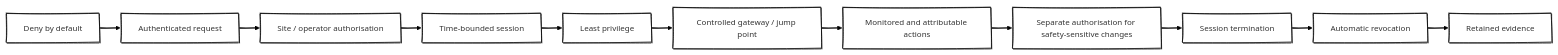
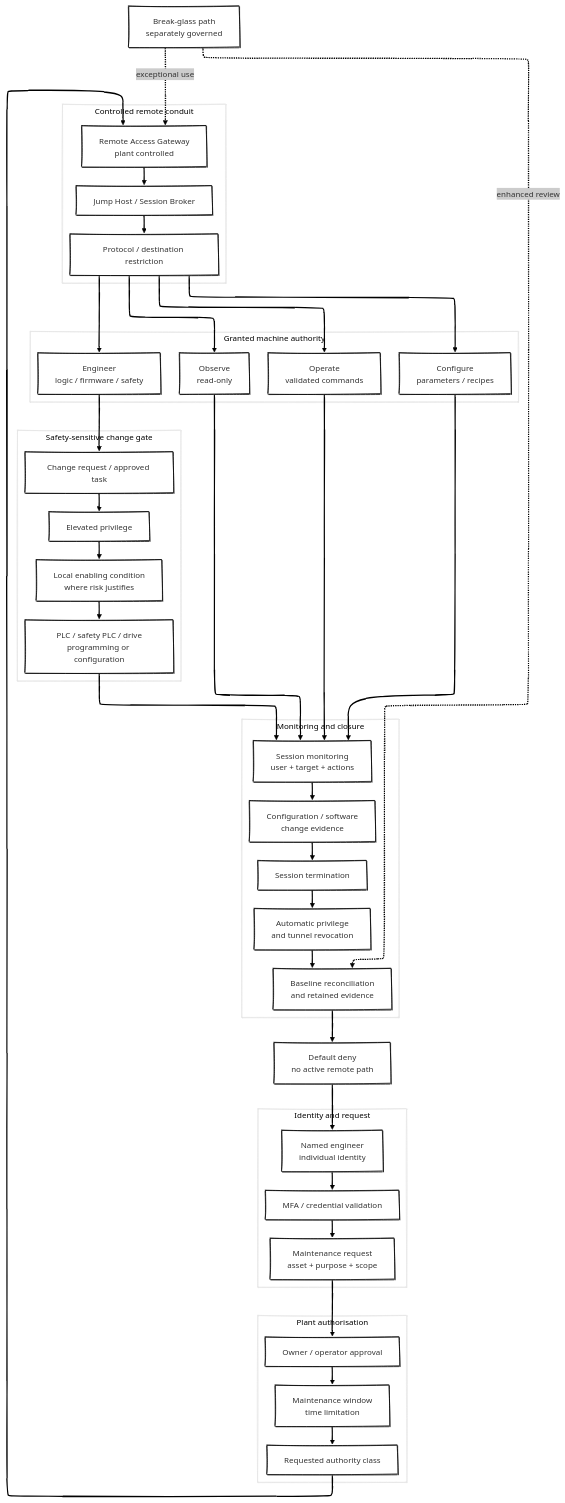
The third of 6 diagrams in longforms/eu-machinery-regulation-2023-1230-cyber-physical-safety/index.qmd (antomon/antomon.github.io), drawn with Mermaid before and after one commit. The commit also changed other lines of this file and 55 other files, not shown here.

````diff
--- a/longforms/eu-machinery-regulation-2023-1230-cyber-physical-safety/index.qmd
+++ b/longforms/eu-machinery-regulation-2023-1230-cyber-physical-safety/index.qmd
@@ -286,18 +529,85 @@
 ```{mermaid}
-%%| label: fig-remote-maintenance-control-sequence
-%%| fig-cap: "Derived control sequence for privileged remote maintenance."
-%%| fig-alt: "A sequence beginning with deny by default, followed by authenticated request, site or operator authorisation, a time-bounded least-privilege session routed through a controlled gateway or jump point, monitored and attributable actions, separate authorisation for safety-sensitive changes, session termination, automatic revocation and retained evidence."
+%%| label: fig-remote-maintenance-authority-lifecycle
+%%| fig-cap: "Reference control model for privileged remote maintenance, separating request, authorisation, connectivity, session authority, safety-sensitive change control and post-session evidence."
+%%| fig-alt: "The diagram shows remote maintenance beginning from a default-deny state. A named vendor engineer authenticates through MFA, after which the plant or machine owner authorises a specific request. A temporary conduit is established through a plant-controlled remote-access gateway and jump or session broker. The session is assigned an authority class such as observe, operate, configure or engineer. Engineering or safety-sensitive changes require additional approval and, where justified by the risk assessment, a local enabling condition. Activity is monitored and logged. At the end of the session, the connection and temporary privileges are revoked, configuration changes are reconciled against the approved baseline and evidence is retained."
 %%| fig-align: center
 %%{init: {"theme": "neo", "look": "handDrawn", "layout": "elk"}}%%
-flowchart LR
-    A[Deny by default] --> B[Authenticated request]
-    B --> C[Site / operator authorisation]
-    C --> D[Time-bounded session]
-    D --> E[Least privilege]
-    E --> F[Controlled gateway / jump point]
-    F --> G[Monitored and attributable actions]
-    G --> H[Separate authorisation for safety-sensitive changes]
-    H --> I[Session termination]
-    I --> J[Automatic revocation]
-    J --> K[Retained evidence]
+flowchart TD
+
+    A[Default deny<br/>no active remote path]
+
+    subgraph ID["Identity and request"]
+        B[Named engineer<br/>individual identity]
+        C[MFA / credential validation]
+        D[Maintenance request<br/>asset + purpose + scope]
+    end
+
+    subgraph AUTH["Plant authorisation"]
+        E[Owner / operator approval]
+        F[Maintenance window<br/>time limitation]
+        G[Requested authority class]
+    end
+
+    subgraph PATH["Controlled remote conduit"]
+        H[Remote Access Gateway<br/>plant controlled]
+        I[Jump Host / Session Broker]
+        J[Protocol / destination restriction]
+    end
+
+    subgraph AUTHORITY["Granted machine authority"]
+        K1[Observe<br/>read-only]
+        K2[Operate<br/>validated commands]
+        K3[Configure<br/>parameters / recipes]
+        K4[Engineer<br/>logic / firmware / safety]
+    end
+
+    subgraph SAFETY["Safety-sensitive change gate"]
+        L[Change request / approved task]
+        M[Elevated privilege]
+        N[Local enabling condition<br/>where risk justifies]
+        O[PLC / safety PLC / drive<br/>programming or configuration]
+    end
+
+    subgraph EVIDENCE["Monitoring and closure"]
+        P[Session monitoring<br/>user + target + actions]
+        Q[Configuration / software<br/>change evidence]
+        R[Session termination]
+        S[Automatic privilege<br/>and tunnel revocation]
+        T[Baseline reconciliation<br/>and retained evidence]
+    end
+
+    A --> B
+    B --> C
+    C --> D
+    D --> E
+    E --> F
+    F --> G
+    G --> H
+    H --> I
+    I --> J
+
+    J --> K1
+    J --> K2
+    J --> K3
+    J --> K4
+
+    K1 --> P
+    K2 --> P
+    K3 --> P
+    K4 --> L
+
+    L --> M
+    M --> N
+    N --> O
+    O --> P
+
+    P --> Q
+    Q --> R
+    R --> S
+    S --> T
+    T --> A
+
+    X[Break-glass path<br/>separately governed]
+    X -. exceptional use .-> H
+    X -. enhanced review .-> T
 ```
````
